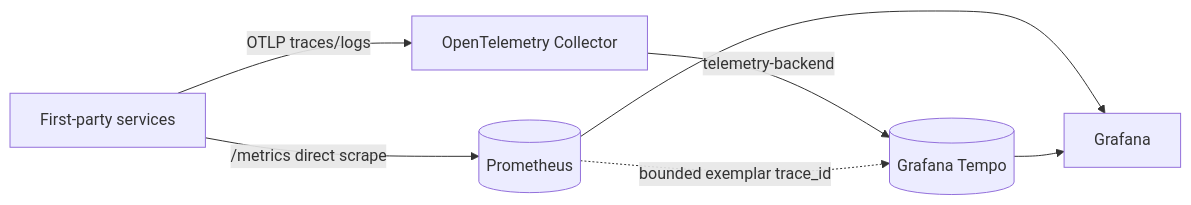
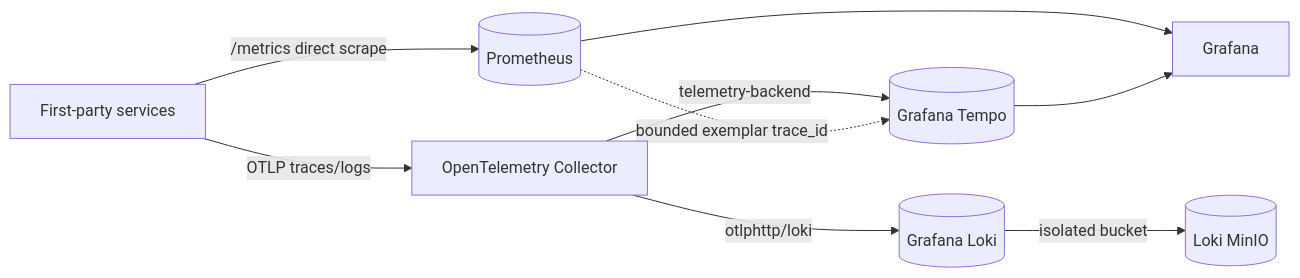
One commit to sergeishaikin/de_practicum_demo changed the third of 3 diagrams in docs/ARCHITECTURE.md. Above: the diagram before and after it, drawn with Mermaid. The commit also changed other lines of this file and 17 other files, not shown here.

````diff
--- a/docs/ARCHITECTURE.md
+++ b/docs/ARCHITECTURE.md
@@ -52,9 +52,11 @@
 ```mermaid
 graph LR
   APP[First-party services] -->|OTLP traces/logs| COL[OpenTelemetry Collector]
   COL -->|telemetry-backend| TEMPO[(Grafana Tempo)]
+  COL -->|otlphttp/loki| LOKI[(Grafana Loki)]
+  LOKI -->|isolated bucket| LMINIO[(Loki MinIO)]
   APP -->|/metrics direct scrape| PROM[(Prometheus)]
   PROM --> GRAF[Grafana]
   TEMPO --> GRAF
   PROM -. bounded exemplar trace_id .-> TEMPO
 ```
````
